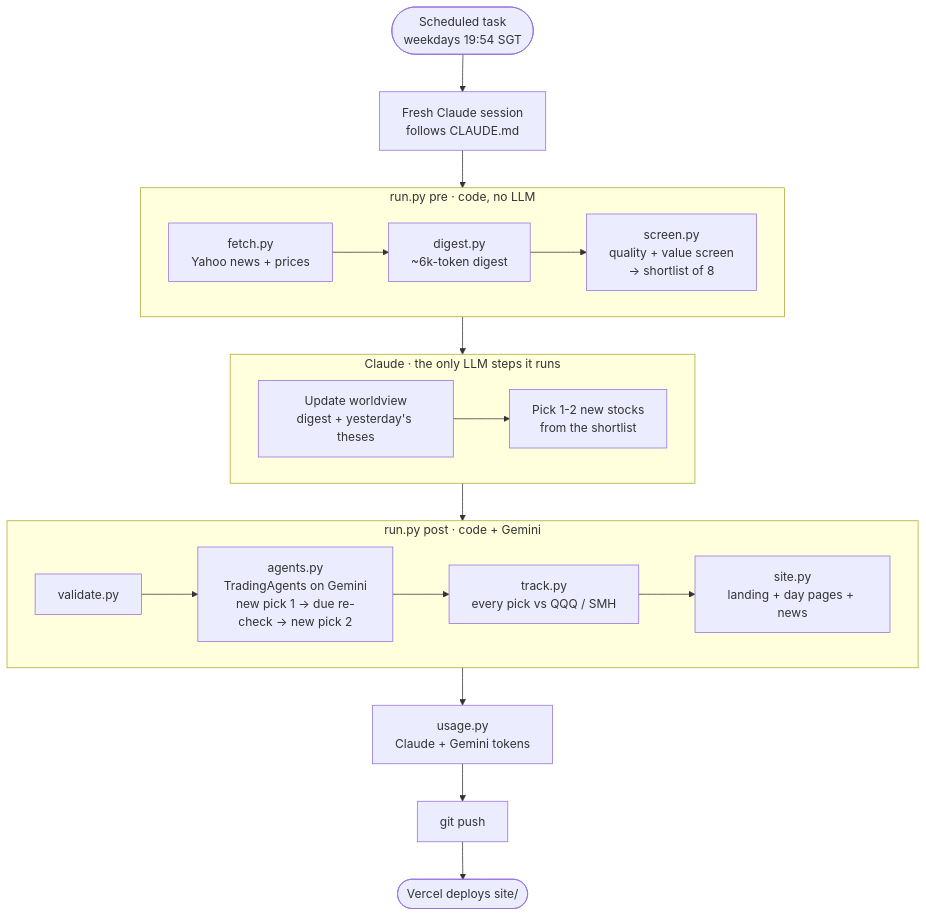
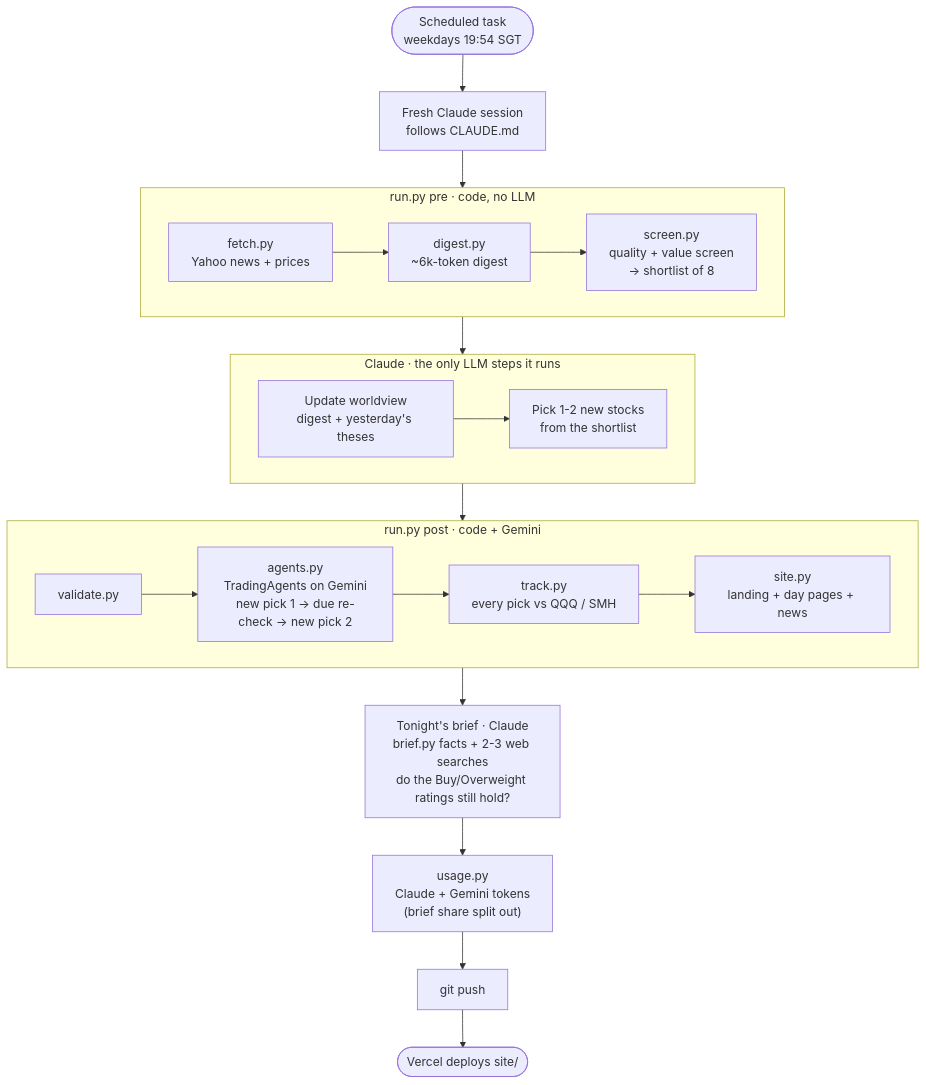
Before and after one commit to neozhixuan/gene-research: the first of 2 diagrams in README.md, drawn with Mermaid. The commit also changed other lines of this file and 18 other files, not shown here.

First line of the commit message:
Tonight's brief: pre-open check of the buy-side ratings, under the watchlist

````diff
--- a/README.md
+++ b/README.md
@@ -20,22 +20,23 @@
 ```mermaid
 flowchart TD
     T(["Scheduled task<br/>weekdays 19:54 SGT"]) --> S["Fresh Claude session<br/>follows CLAUDE.md"]
 
     subgraph PRE["run.py pre · code, no LLM"]
         F["fetch.py<br/>Yahoo news + prices"] --> D["digest.py<br/>~6k-token digest"]
         D --> SC["screen.py<br/>quality + value screen<br/>→ shortlist of 8"]
     end
 
     subgraph THINK["Claude · the only LLM steps it runs"]
         W["Update worldview<br/>digest + yesterday's theses"] --> P["Pick 1-2 new stocks<br/>from the shortlist"]
     end
 
     subgraph POST["run.py post · code + Gemini"]
         V["validate.py"] --> A["agents.py<br/>TradingAgents on Gemini<br/>new pick 1 → due re-check → new pick 2"]
         A --> TR["track.py<br/>every pick vs QQQ / SMH"]
         TR --> SI["site.py<br/>landing + day pages + news"]
     end
 
     S --> PRE --> THINK --> POST
-    POST --> U["usage.py<br/>Claude + Gemini tokens"] --> G["git push"] --> VC(["Vercel deploys site/"])
+    POST --> BR["Tonight's brief · Claude<br/>brief.py facts + 2-3 web searches<br/>do the Buy/Overweight ratings still hold?"]
+    BR --> U["usage.py<br/>Claude + Gemini tokens<br/>(brief share split out)"] --> G["git push"] --> VC(["Vercel deploys site/"])
 ```
````
